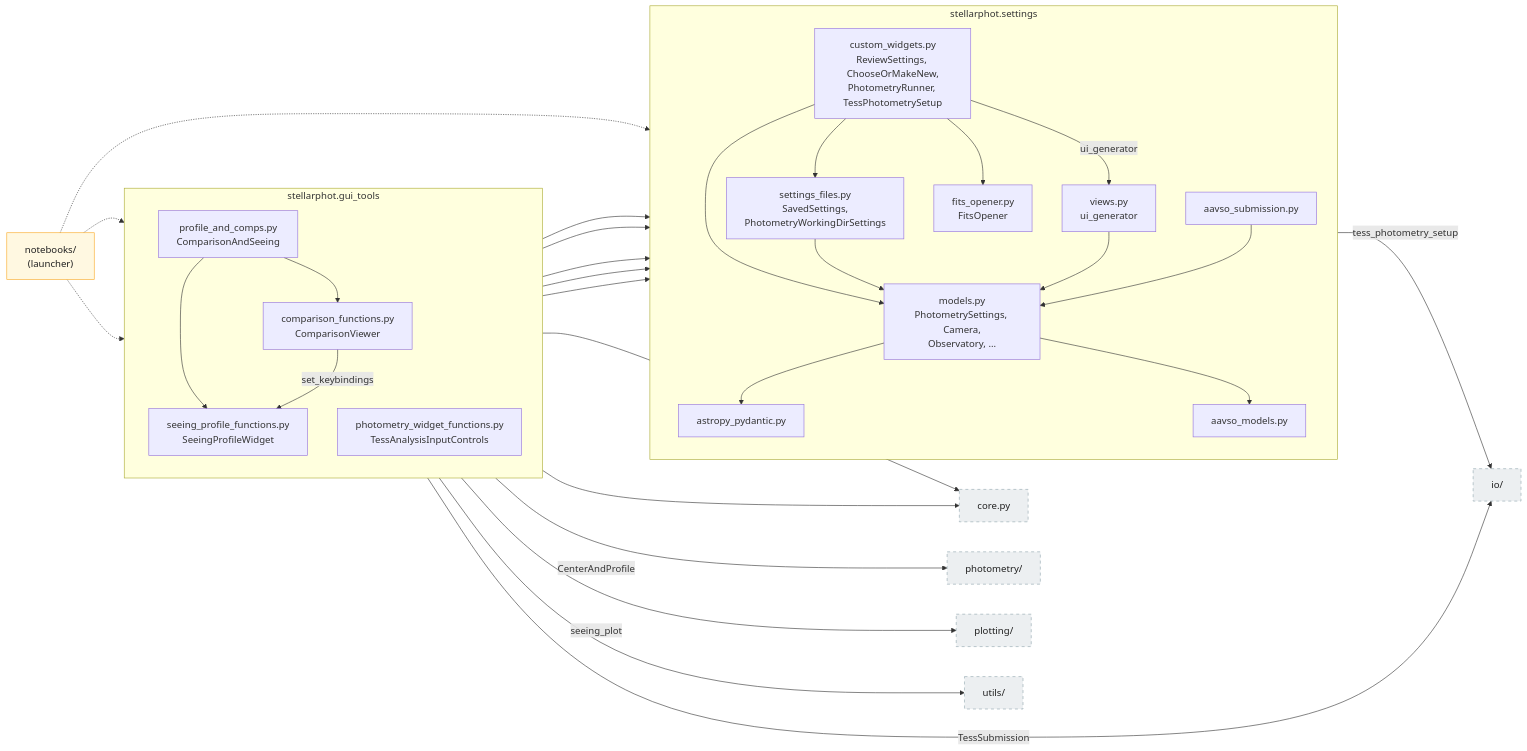
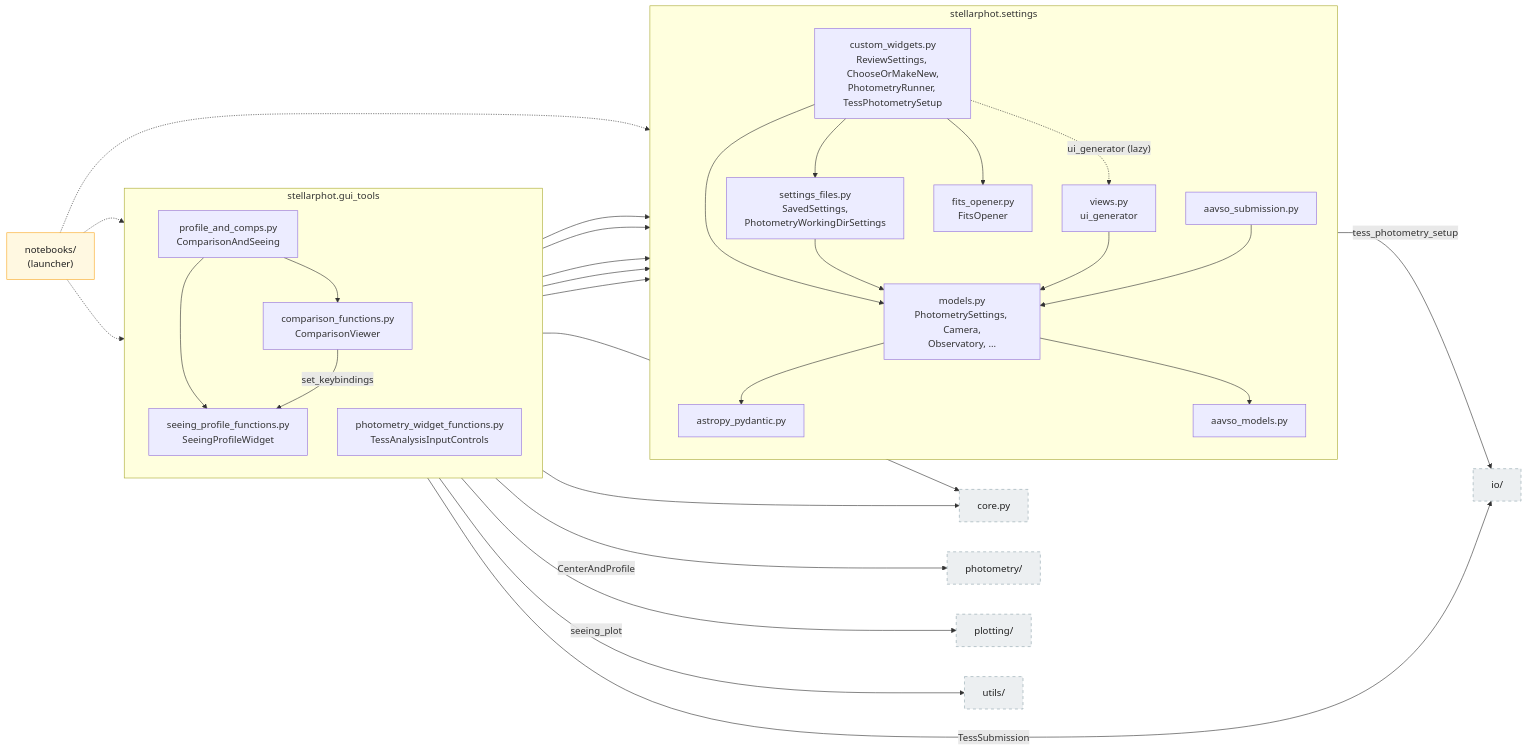
One commit to feder-observatory/stellarphot changed the fourth of 5 diagrams in docs/diagrams-01-package-overview.md. Above: the diagram before and after it, drawn with Mermaid. The commit also changed other lines of this file, not shown here.

First line of the commit message:
Update architecture diagrams for lazy GUI layer and one-way core/io

````diff
--- a/docs/diagrams-01-package-overview.md
+++ b/docs/diagrams-01-package-overview.md
@@ -232,77 +244,77 @@
 ```mermaid
 flowchart LR
     classDef external fill:#eceff1,stroke:#90a4ae,stroke-dasharray: 5 5,color:#212121
     classDef nbstyle fill:#fff8e1,stroke:#f9a825,color:#212121
 
     nb["notebooks/<br/>(launcher)"]:::nbstyle
 
     subgraph sg_gui["stellarphot.gui_tools"]
         direction TB
         pac_py["profile_and_comps.py<br/>ComparisonAndSeeing"]
         comp_py["comparison_functions.py<br/>ComparisonViewer"]
         seeing_py["seeing_profile_functions.py<br/>SeeingProfileWidget"]
         photwidg_py["photometry_widget_functions.py<br/>TessAnalysisInputControls"]
     end
 
     subgraph sg_set["stellarphot.settings"]
         direction TB
         cw_py["custom_widgets.py<br/>ReviewSettings, ChooseOrMakeNew,<br/>PhotometryRunner, TessPhotometrySetup"]
         views_py["views.py<br/>ui_generator"]
         sf_py["settings_files.py<br/>SavedSettings,<br/>PhotometryWorkingDirSettings"]
         models_py["models.py<br/>PhotometrySettings, Camera,<br/>Observatory, ..."]
         fo_py["fits_opener.py<br/>FitsOpener"]
         ap_py["astropy_pydantic.py"]
         aavsom_py["aavso_models.py"]
         aavsos_py["aavso_submission.py"]
     end
 
     core_ext["core.py"]:::external
     phot_ext["photometry/"]:::external
     plot_ext["plotting/"]:::external
     io_ext["io/"]:::external
     utils_ext["utils/"]:::external
 
     nb -.-> pac_py
     nb -.-> photwidg_py
     nb -.-> cw_py
 
     pac_py --> comp_py
     pac_py --> seeing_py
     comp_py -->|"set_keybindings"| seeing_py
     comp_py --> cw_py
     comp_py --> fo_py
     comp_py --> core_ext
     comp_py --> utils_ext
     seeing_py --> cw_py
     seeing_py --> fo_py
     seeing_py -->|"CenterAndProfile"| phot_ext
     seeing_py -->|"seeing_plot"| plot_ext
     seeing_py -->|"TessSubmission"| io_ext
     photwidg_py --> cw_py
     photwidg_py --> core_ext
 
     cw_py --> models_py
     cw_py --> sf_py
-    cw_py -->|"ui_generator"| views_py
+    cw_py -.->|"ui_generator (lazy)"| views_py
     cw_py --> fo_py
     cw_py -->|"tess_photometry_setup"| io_ext
     sf_py --> models_py
     views_py --> models_py
     models_py --> ap_py
     models_py --> aavsom_py
     aavsos_py --> models_py
 
     click nb href "../stellarphot/notebooks/" "notebooks/"
     click pac_py href "../stellarphot/gui_tools/profile_and_comps.py" "profile_and_comps.py"
     click comp_py href "../stellarphot/gui_tools/comparison_functions.py" "comparison_functions.py"
     click seeing_py href "../stellarphot/gui_tools/seeing_profile_functions.py" "seeing_profile_functions.py"
     click photwidg_py href "../stellarphot/gui_tools/photometry_widget_functions.py" "photometry_widget_functions.py"
     click cw_py href "../stellarphot/settings/custom_widgets.py" "custom_widgets.py"
     click views_py href "../stellarphot/settings/views.py" "views.py"
     click sf_py href "../stellarphot/settings/settings_files.py" "settings_files.py"
     click models_py href "../stellarphot/settings/models.py" "models.py"
     click fo_py href "../stellarphot/settings/fits_opener.py" "fits_opener.py"
     click ap_py href "../stellarphot/settings/astropy_pydantic.py" "astropy_pydantic.py"
     click aavsom_py href "../stellarphot/settings/aavso_models.py" "aavso_models.py"
     click aavsos_py href "../stellarphot/settings/aavso_submission.py" "aavso_submission.py"
 ```
````
